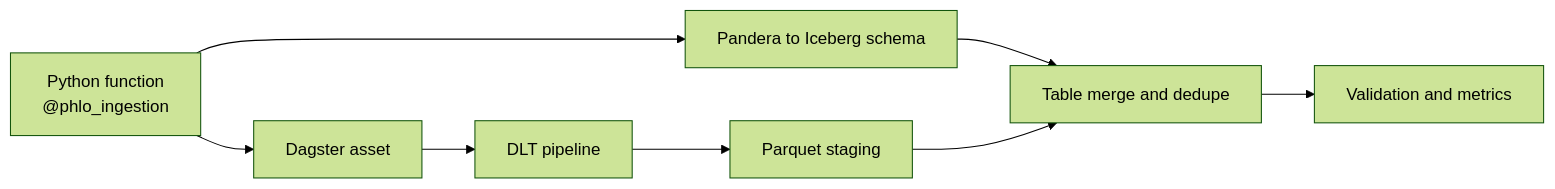
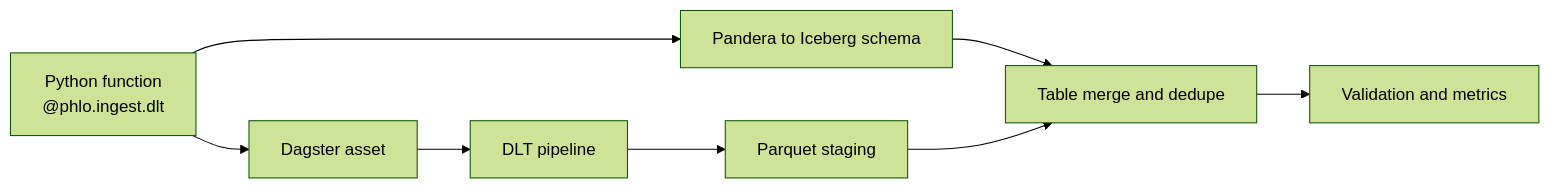
The third of 4 diagrams in web-next/content/phlo-docs/getting-started/core-concepts.mdx (phlohouse/website), drawn with Mermaid (forest theme) before and after one commit. The commit also changed other lines of this file and 39 other files, not shown here.

````diff
--- a/web-next/content/phlo-docs/getting-started/core-concepts.mdx
+++ b/web-next/content/phlo-docs/getting-started/core-concepts.mdx
@@ -123,14 +123,14 @@
 ```mermaid
 flowchart LR
-    fn["Python function<br/>@phlo_ingestion"]
+    fn["Python function<br/>@phlo.ingest.dlt"]
     asset[Dagster asset]
     dlt[DLT pipeline]
     stage[Parquet staging]
     schema[Pandera to Iceberg schema]
     merge[Table merge and dedupe]
     checks[Validation and metrics]
 
     fn --> asset --> dlt --> stage
     fn --> schema --> merge
     stage --> merge --> checks
 ```
````
